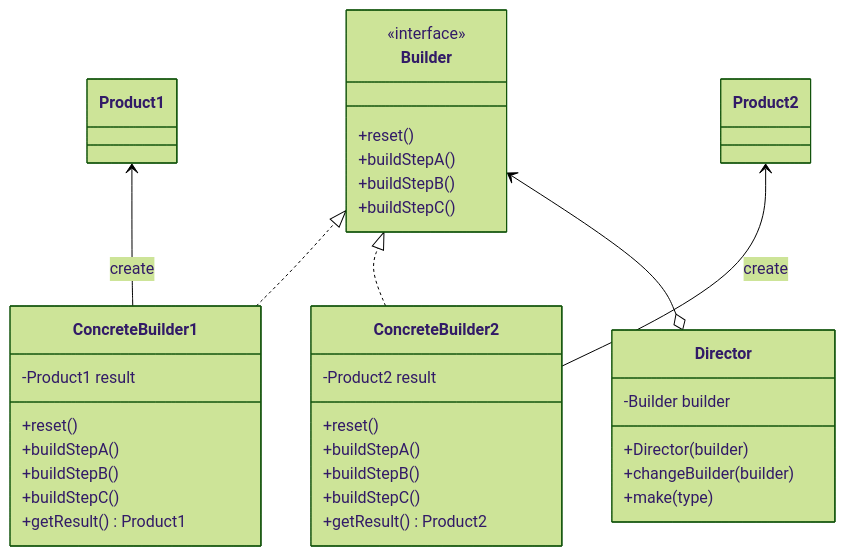
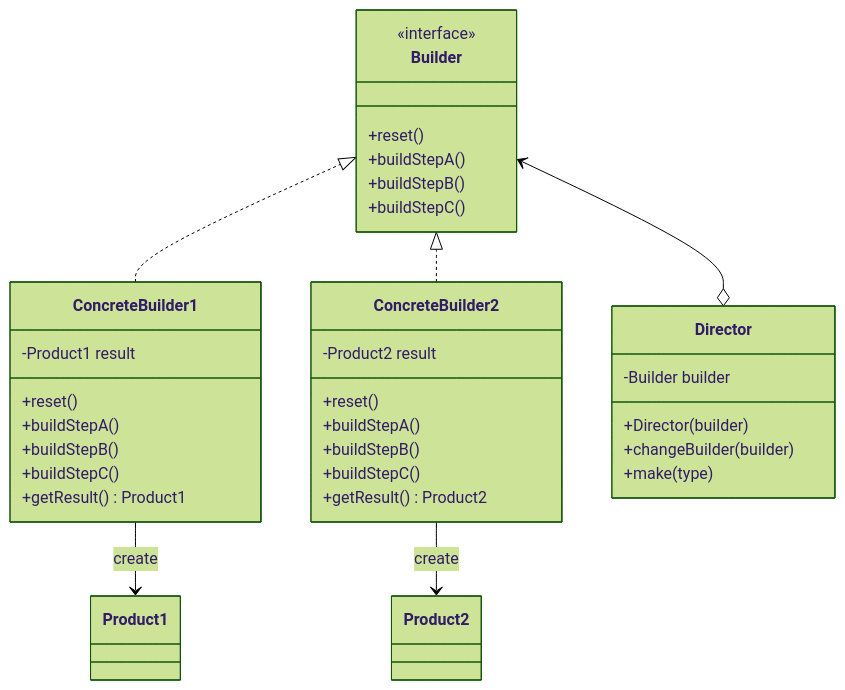
The diagram in Builder/builder.md (engineer-taro/mermaid_design_pattern), drawn with Mermaid (forest theme) before and after one commit. The commit also changed 1 other file, not shown here.

Commit message:
builder update, new iterator

````diff
--- a/Builder/builder.md
+++ b/Builder/builder.md
@@ -1,45 +1,45 @@
 ```mermaid
 classDiagram
     direction BT
     class Builder {
         <<interface>>
         +reset()
         +buildStepA()
         +buildStepB()
         +buildStepC()
     }
 
     class ConcreteBuilder1 {
         -Product1 result
         +reset()
         +buildStepA()
         +buildStepB()
         +buildStepC()
         +getResult() Product1
     }
 
     class ConcreteBuilder2 {
         -Product2 result
         +reset()
         +buildStepA()
         +buildStepB()
         +buildStepC()
         +getResult() Product2
     }
 
     class Director {
         -Builder builder
         +Director(builder)
         +changeBuilder(builder)
         +make(type)
     }
 
     class Product1
     class Product2
 
-    ConcreteBuilder1 --> Product1: create
-    ConcreteBuilder2 --> Product2: create
+    Product1 <-- ConcreteBuilder1: create
+    Product2 <-- ConcreteBuilder2: create
     ConcreteBuilder1 ..|> Builder
     ConcreteBuilder2 ..|> Builder
     Director o--> Builder
 ```
````
